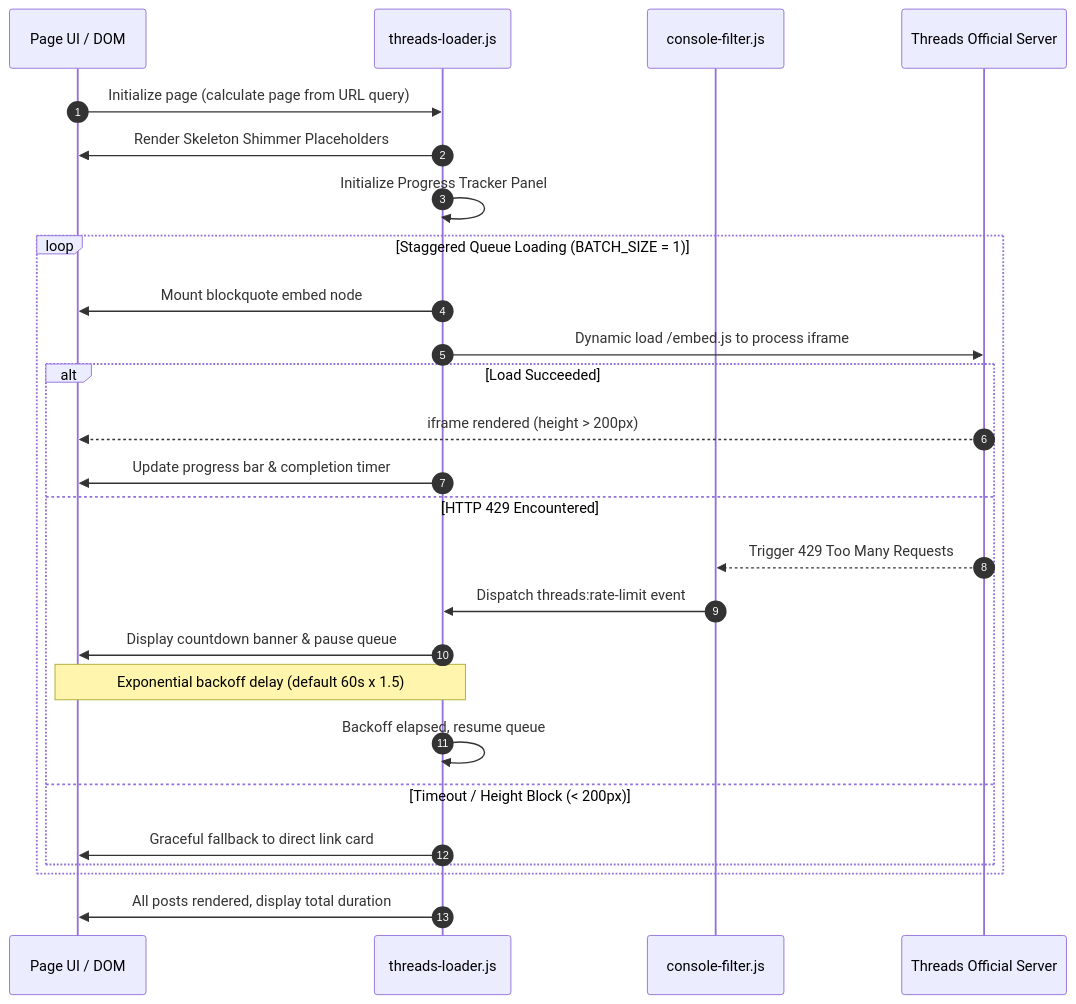
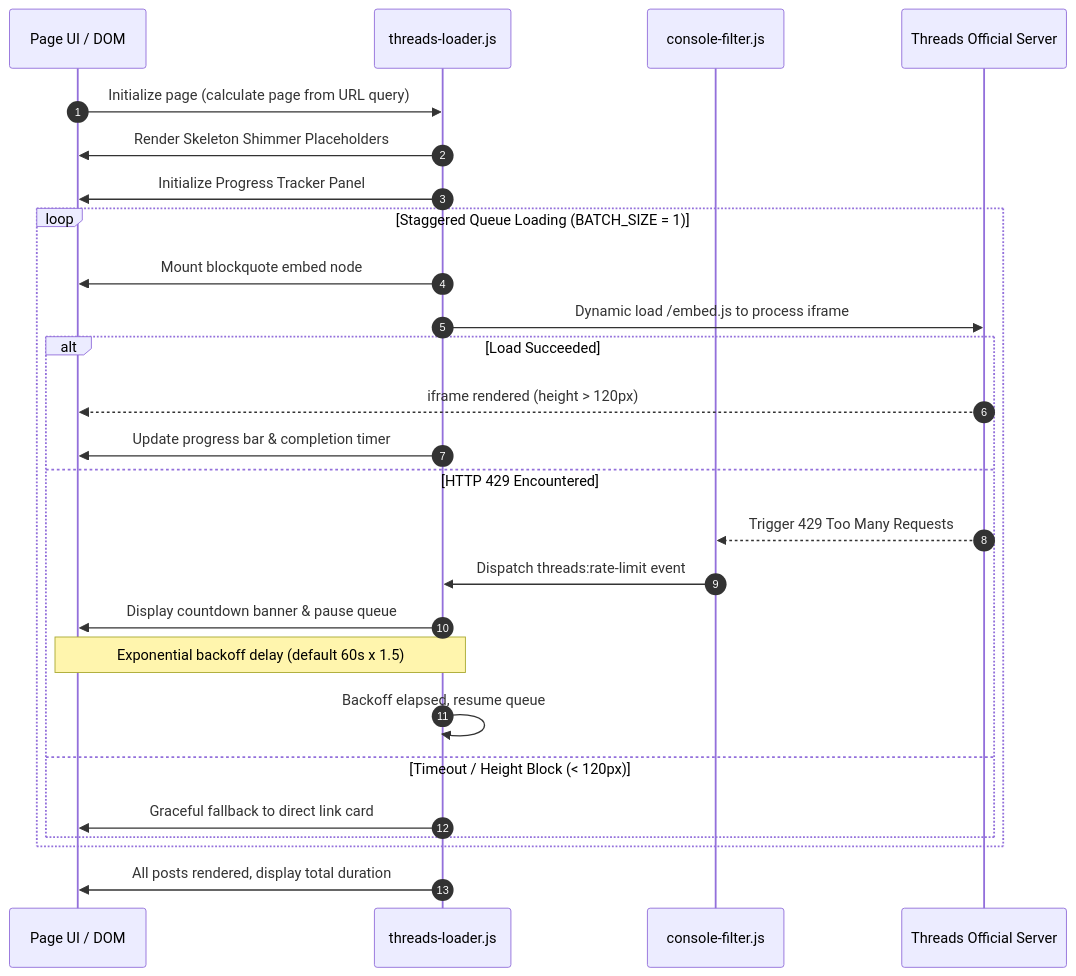
The third of 3 diagrams in README_EN.md (Scorpio-meow/Threads-Featured-Posts), drawn with Mermaid before and after one commit. The commit also changed other lines of this file and 5 other files, not shown here.

````diff
--- a/README_EN.md
+++ b/README_EN.md
@@ -311,30 +319,30 @@
 ```mermaid
 sequenceDiagram
     autonumber
     participant UI as Page UI / DOM
     participant TL as threads-loader.js
     participant CF as console-filter.js
     participant API as Threads Official Server
 
     UI->>TL: Initialize page (calculate page from URL query)
     TL->>UI: Render Skeleton Shimmer Placeholders
-    TL->>TL: Initialize Progress Tracker Panel
+    TL->>UI: Initialize Progress Tracker Panel
 
     loop Staggered Queue Loading (BATCH_SIZE = 1)
         TL->>UI: Mount blockquote embed node
         TL->>API: Dynamic load /embed.js to process iframe
         alt Load Succeeded
-            API-->>UI: iframe rendered (height > 200px)
+            API-->>UI: iframe rendered (height > 120px)
             TL->>UI: Update progress bar & completion timer
         else HTTP 429 Encountered
             API-->>CF: Trigger 429 Too Many Requests
             CF->>TL: Dispatch threads:rate-limit event
             TL->>UI: Display countdown banner & pause queue
             Note over TL,UI: Exponential backoff delay (default 60s x 1.5)
             TL->>TL: Backoff elapsed, resume queue
-        else Timeout / Height Block (< 200px)
+        else Timeout / Height Block (< 120px)
             TL->>UI: Graceful fallback to direct link card
         end
     end
     TL->>UI: All posts rendered, display total duration
 ```
````
